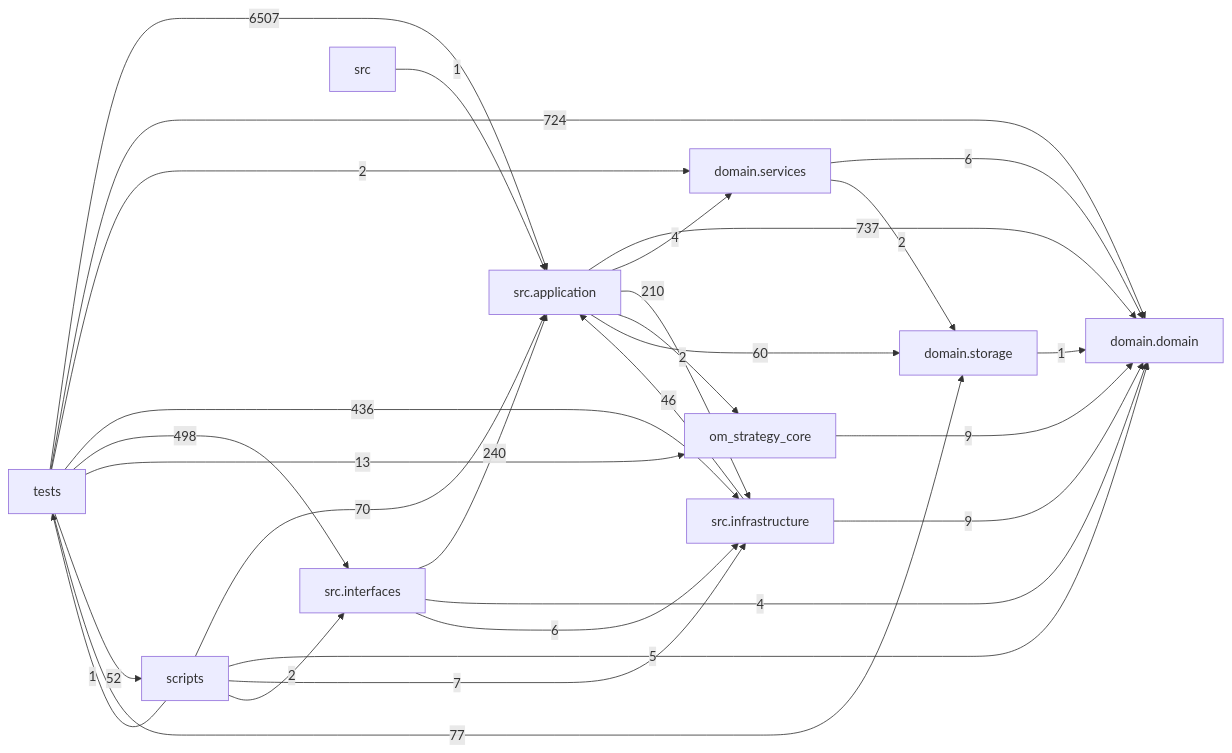
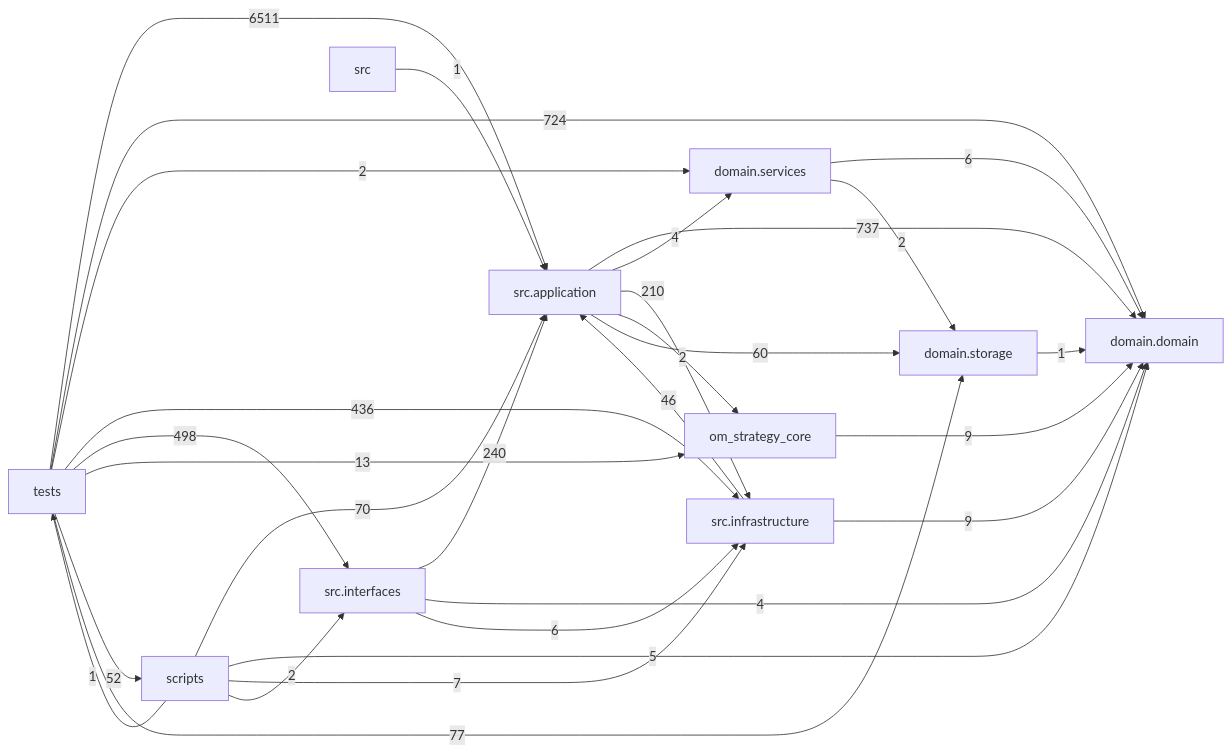
One commit to liuxie066/options-monitor changed the diagram in docs/DEPENDENCY_GRAPH.md. Above: the diagram before and after it, drawn with Mermaid. The commit also changed other lines of this file and 3 other files, not shown here.

````diff
--- a/docs/DEPENDENCY_GRAPH.md
+++ b/docs/DEPENDENCY_GRAPH.md
@@ -24,39 +24,39 @@
 ```mermaid
 flowchart LR
   tests["tests"]
   scripts["scripts"]
   interfaces["src.interfaces"]
   application["src.application"]
   infrastructure["src.infrastructure"]
   domain_services["domain.services"]
   domain["domain.domain"]
   storage["domain.storage"]
   application -->|737| domain
   application -->|4| domain_services
   application -->|210| infrastructure
   application -->|2| om_strategy_core
   application -->|60| storage
   domain_services -->|6| domain
   domain_services -->|2| storage
   infrastructure -->|46| application
   infrastructure -->|9| domain
   interfaces -->|240| application
   interfaces -->|4| domain
   interfaces -->|6| infrastructure
   om_strategy_core -->|9| domain
   scripts -->|70| application
   scripts -->|5| domain
   scripts -->|7| infrastructure
   scripts -->|2| interfaces
   scripts -->|1| tests
   src -->|1| application
   storage -->|1| domain
-  tests -->|6507| application
+  tests -->|6511| application
   tests -->|724| domain
   tests -->|2| domain_services
   tests -->|436| infrastructure
   tests -->|498| interfaces
   tests -->|13| om_strategy_core
   tests -->|52| scripts
   tests -->|77| storage
 ```
````
